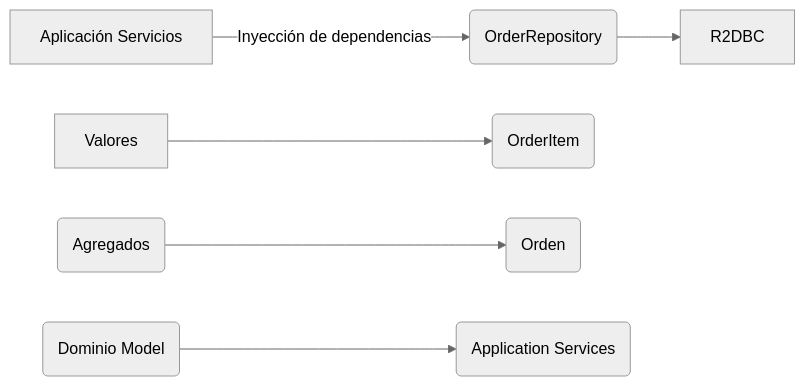
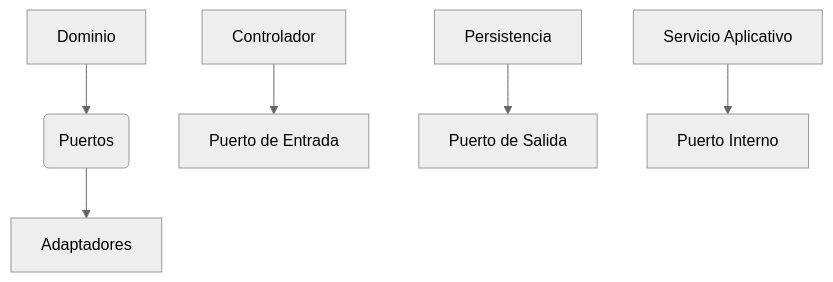
Before and after one commit to Joaquinriosheredia/DAM-Java-Mastery: the eighth of 8 diagrams in Java_Elite/arquitectura_hexagonal_y_ddd_en_java_21:_invariantes_en_agregados,_value_objects_con_records_y_persistencia_desacoplada_con_spring_data_r2dbc_STAFF.md, drawn with Mermaid (neutral theme). The commit also changed other lines of this file, not shown here.

Commit message:
feat: manual de autoridad sobre Arquitectura Hexagonal y DDD en Java 21: Invariantes en Agregados, Value Objects con Records y Persistencia desacoplada con Spring Data R2DBC (Staff Level)

````diff
--- a/Java_Elite/arquitectura_hexagonal_y_ddd_en_java_21:_invariantes_en_agregados,_value_objects_con_records_y_persistencia_desacoplada_con_spring_data_r2dbc_STAFF.md
+++ b/Java_Elite/arquitectura_hexagonal_y_ddd_en_java_21:_invariantes_en_agregados,_value_objects_con_records_y_persistencia_desacoplada_con_spring_data_r2dbc_STAFF.md
@@ -596,8 +728,8 @@
 ```mermaid
-graph LR;
-    A[Aplicación Servicios] -->|Inyección de dependencias| B(OrderRepository);
-    B --> C[R2DBC];
-    D[Valores] --> E(OrderItem);
-    F(Agregados) --> G(Orden);
-    H(Dominio Model) --> I(Application Services);
+graph TD;
+    A[Dominio] --> B(Puertos);
+    B --> C[Adaptadores];
+    D[Controlador] --> E[Puerto de Entrada]
+    F[Persistencia] --> G[Puerto de Salida]
+    H[Servicio Aplicativo] --> I[Puerto Interno]
 ```
````
